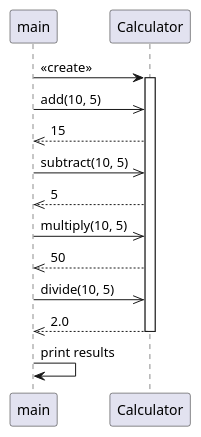
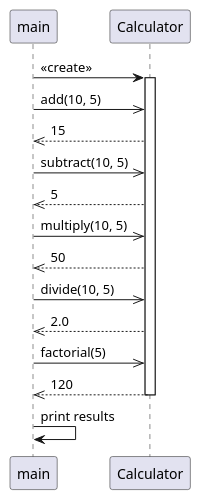
The diagram in artifacts/main_sequence_diagram.puml (DanielRiha8906/Calculator_bachelor_autoevolution_team), drawn with PlantUML before and after one commit. The commit also changed 2 other files, not shown here.

Commit message:
chore: update UML diagrams for factorial operation

```diff
--- a/artifacts/main_sequence_diagram.puml
+++ b/artifacts/main_sequence_diagram.puml
@@ -1,25 +1,28 @@
 @startuml main_sequence_diagram
 
 participant "main" as main
 participant "Calculator" as calc
 
 main -> calc : <<create>>
 activate calc
 
 main ->> calc : add(10, 5)
 calc -->> main : 15
 
 main ->> calc : subtract(10, 5)
 calc -->> main : 5
 
 main ->> calc : multiply(10, 5)
 calc -->> main : 50
 
 main ->> calc : divide(10, 5)
 calc -->> main : 2.0
 
+main ->> calc : factorial(5)
+calc -->> main : 120
+
 deactivate calc
 
 main -> main : print results
 
 @enduml
```
